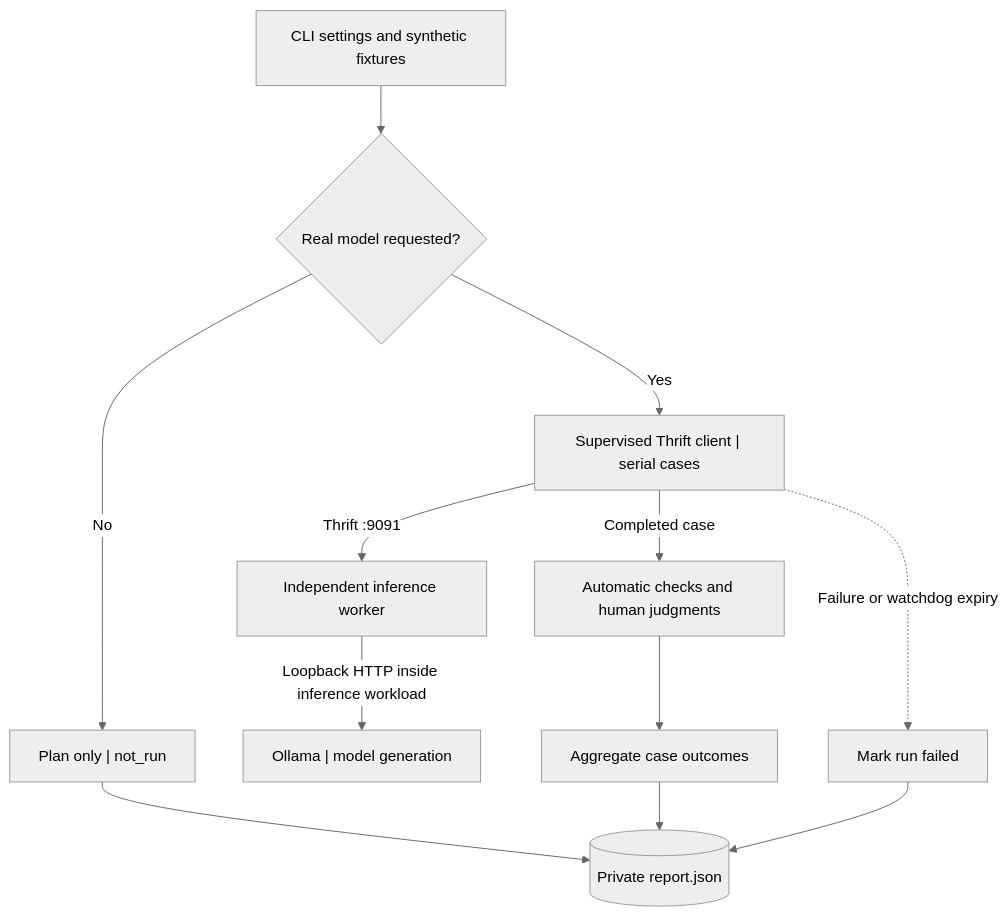
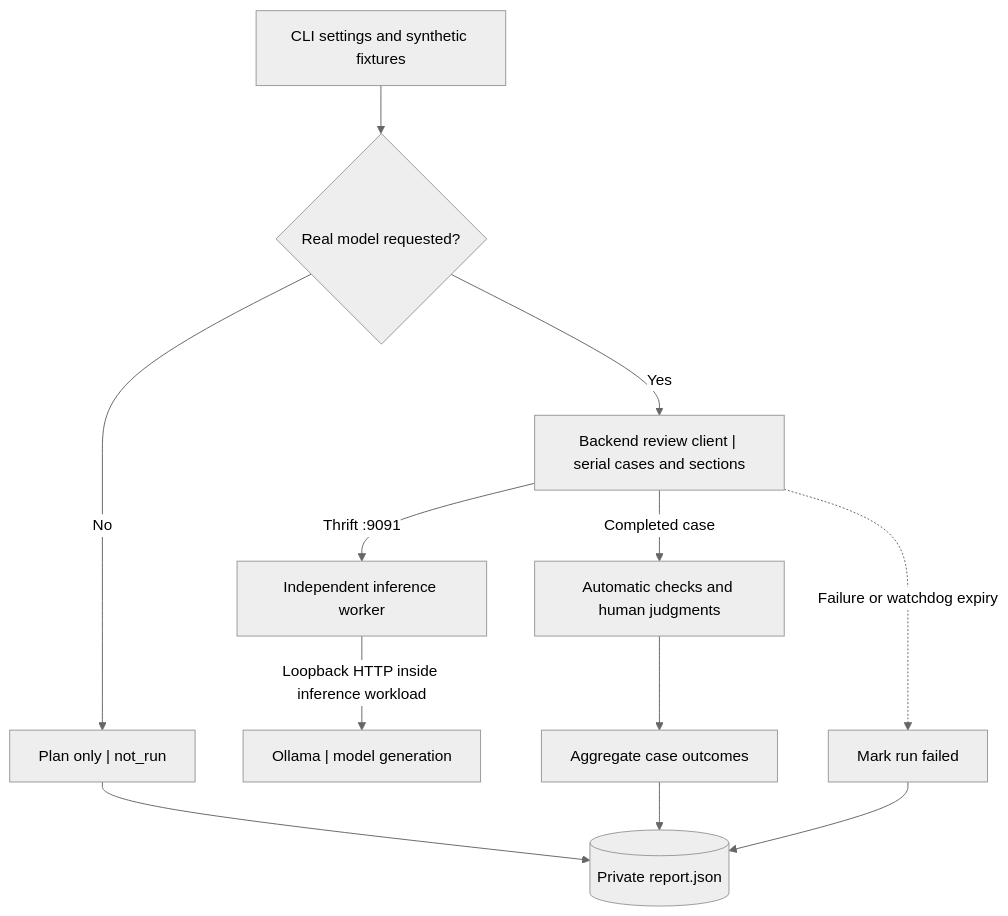
Before and after one commit to GodfreyLyu/LocalQwenDemo: the diagram in docs/testing/model-evaluation.md, drawn with Mermaid (neutral theme). The commit also changed other lines of this file and 35 other files, not shown here.

````diff
--- a/docs/testing/model-evaluation.md
+++ b/docs/testing/model-evaluation.md
@@ -15,25 +16,25 @@
 ```mermaid
 flowchart TB
     accTitle: Plan or evaluate the synthetic review suite
-    accDescr: CLI settings and fixed fixtures form a private plan. Plan mode contacts neither inference service. Real mode supervises a disposable Thrift client that checks the independent worker and runs serial cases through it to Ollama. Automatic checks and explicit human judgments determine the result; client failure or watchdog expiry fails the run.
+    accDescr: CLI settings and fixed fixtures form a private plan without contacting the inference service. Real mode supervises a client that owns review prompts and section orchestration, sending generic tasks to the service and its Ollama child. Automatic checks and explicit human judgments determine the result; client failure or watchdog expiry fails the run.
     inputs["CLI settings and synthetic fixtures"]
     mode{"Real model requested?"}
     plan["Plan only | not_run"]
-    client["Supervised Thrift client | serial cases"]
+    client["Backend review client | serial cases and sections"]
     worker["Independent inference worker"]
     ollama["Ollama | model generation"]
     checks["Automatic checks and human judgments"]
     aggregate["Aggregate case outcomes"]
     failure["Mark run failed"]
     report[("Private report.json")]
     inputs --> mode
     mode -->|"No"| plan
     plan --> report
     mode -->|"Yes"| client
     client -->|"Thrift :9091"| worker
     worker -->|"Loopback HTTP inside inference workload"| ollama
     client -->|"Completed case"| checks
     checks --> aggregate --> report
     client -.->|"Failure or watchdog expiry"| failure
     failure --> report
 ```
````
